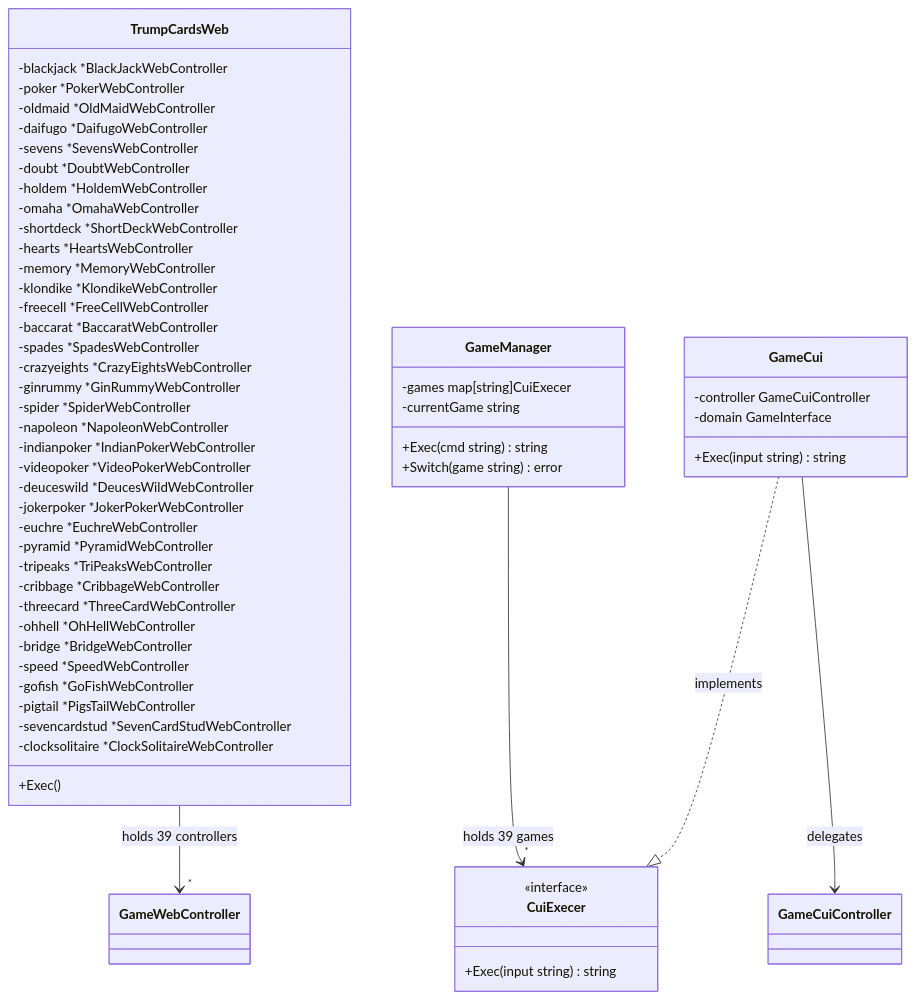
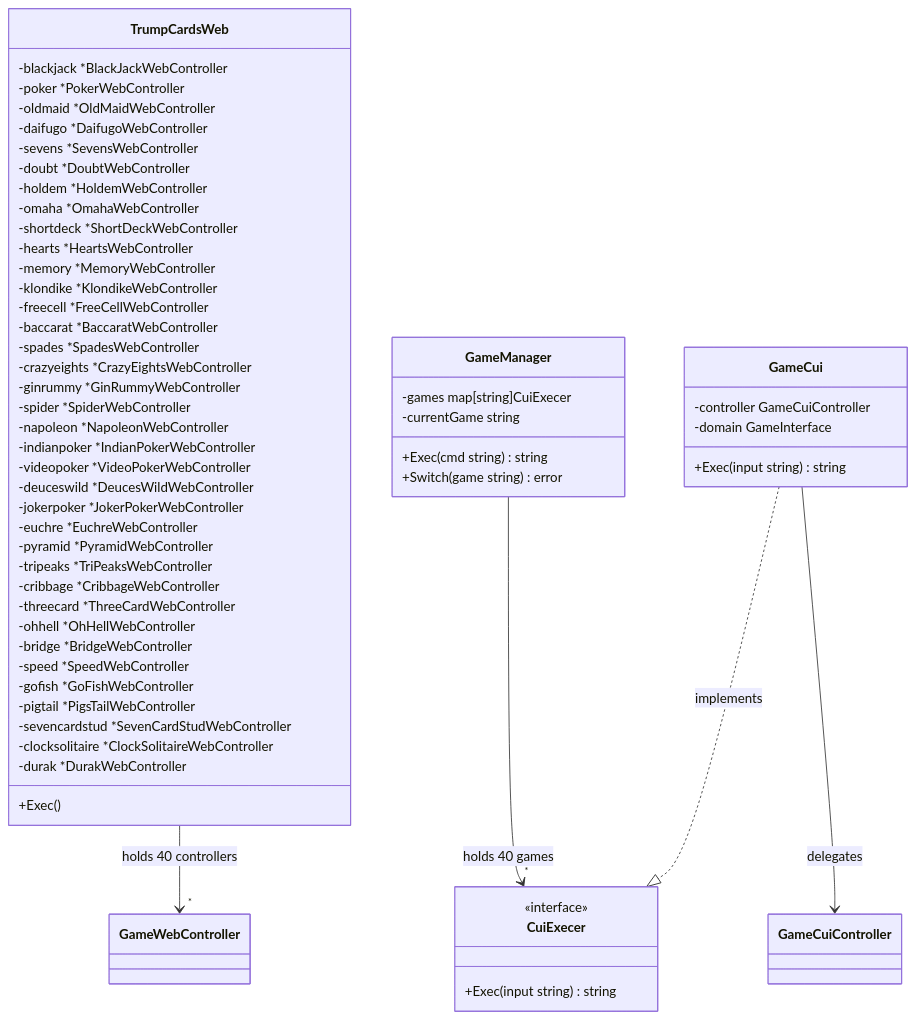
Before and after one commit to yuta-yoshinaga/go_trumpcards: diagram 12 of 52 in docs/design/backend.md, drawn with Mermaid. The commit also changed other lines of this file and 52 other files, not shown here.

First line of the commit message:
feat: add Durak (ドゥラーク) card game

````diff
--- a/docs/design/backend.md
+++ b/docs/design/backend.md
@@ -1209,64 +1240,65 @@
 ```mermaid
 classDiagram
     class TrumpCardsWeb {
         -blackjack *BlackJackWebController
         -poker *PokerWebController
         -oldmaid *OldMaidWebController
         -daifugo *DaifugoWebController
         -sevens *SevensWebController
         -doubt *DoubtWebController
         -holdem *HoldemWebController
         -omaha *OmahaWebController
         -shortdeck *ShortDeckWebController
         -hearts *HeartsWebController
         -memory *MemoryWebController
         -klondike *KlondikeWebController
         -freecell *FreeCellWebController
         -baccarat *BaccaratWebController
         -spades *SpadesWebController
         -crazyeights *CrazyEightsWebController
         -ginrummy *GinRummyWebController
         -spider *SpiderWebController
         -napoleon *NapoleonWebController
         -indianpoker *IndianPokerWebController
         -videopoker *VideoPokerWebController
         -deuceswild *DeucesWildWebController
         -jokerpoker *JokerPokerWebController
         -euchre *EuchreWebController
         -pyramid *PyramidWebController
         -tripeaks *TriPeaksWebController
         -cribbage *CribbageWebController
         -threecard *ThreeCardWebController
         -ohhell *OhHellWebController
         -bridge *BridgeWebController
         -speed *SpeedWebController
         -gofish *GoFishWebController
         -pigtail *PigsTailWebController
         -sevencardstud *SevenCardStudWebController
         -clocksolitaire *ClockSolitaireWebController
+        -durak *DurakWebController
         +Exec()
     }
 
     class GameManager {
         -games map[string]CuiExecer
         -currentGame string
         +Exec(cmd string) string
         +Switch(game string) error
     }
 
     class CuiExecer {
         <<interface>>
         +Exec(input string) string
     }
 
     class GameCui {
         -controller GameCuiController
         -domain GameInterface
         +Exec(input string) string
     }
 
-    TrumpCardsWeb --> "*" GameWebController : holds 39 controllers
-    GameManager --> "*" CuiExecer : holds 39 games
+    TrumpCardsWeb --> "*" GameWebController : holds 40 controllers
+    GameManager --> "*" CuiExecer : holds 40 games
     GameCui ..|> CuiExecer : implements
     GameCui --> GameCuiController : delegates
 ```
````
